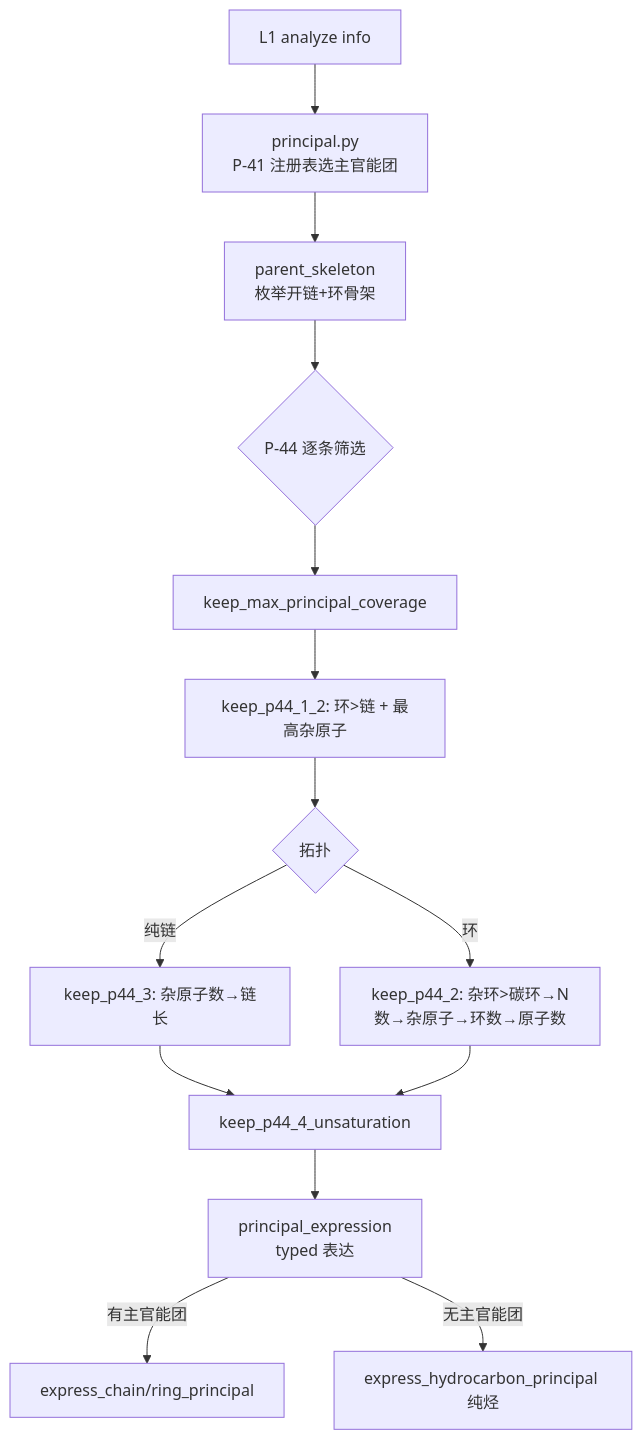
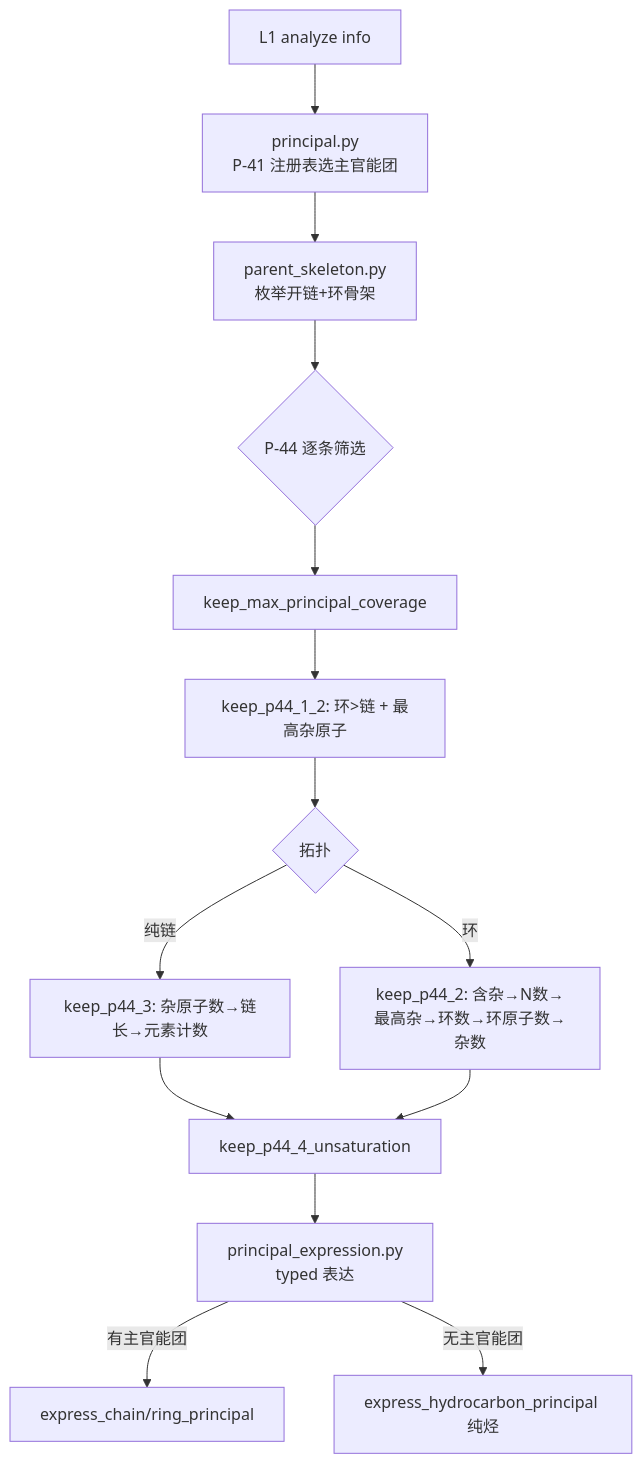
The first of 5 diagrams in docs/wiki/architecture/layer2-parent-selector.md (zouxiaofei1/OpenSMILES), drawn with Mermaid before and after one commit. The commit also changed other lines of this file and 11 other files, not shown here.

````diff
--- a/docs/wiki/architecture/layer2-parent-selector.md
+++ b/docs/wiki/architecture/layer2-parent-selector.md
@@ -53,16 +43,16 @@
 ```mermaid
 flowchart TD
     A[L1 analyze info] --> B[principal.py<br/>P-41 注册表选主官能团]
-    B --> C[parent_skeleton<br/>枚举开链+环骨架]
+    B --> C[parent_skeleton.py<br/>枚举开链+环骨架]
     C --> D{P-44 逐条筛选}
     D --> D1[keep_max_principal_coverage]
     D1 --> D2[keep_p44_1_2: 环>链 + 最高杂原子]
     D2 --> D3{拓扑}
-    D3 -->|纯链| D4[keep_p44_3: 杂原子数→链长]
-    D3 -->|环| D5[keep_p44_2: 杂环>碳环→N数→杂原子→环数→原子数]
+    D3 -->|纯链| D4[keep_p44_3: 杂原子数→链长→元素计数]
+    D3 -->|环| D5[keep_p44_2: 含杂→N数→最高杂→环数→环原子数→杂数]
     D4 --> D6[keep_p44_4_unsaturation]
     D5 --> D6
-    D6 --> E[principal_expression<br/>typed 表达]
+    D6 --> E[principal_expression.py<br/>typed 表达]
     E -->|有主官能团| F[express_chain/ring_principal]
     E -->|无主官能团| G[express_hydrocarbon_principal 纯烃]
 ```
````
